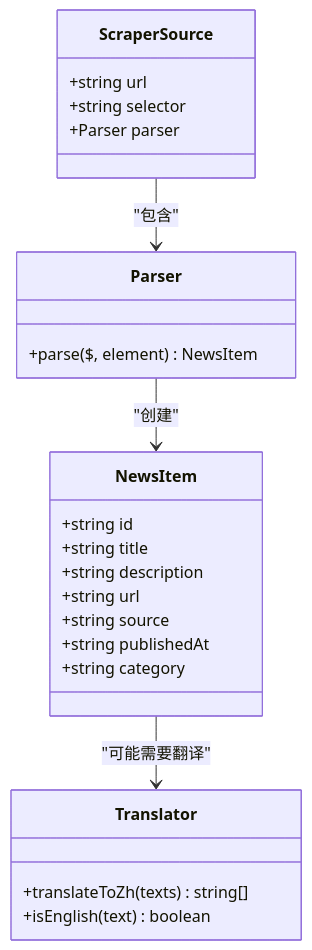
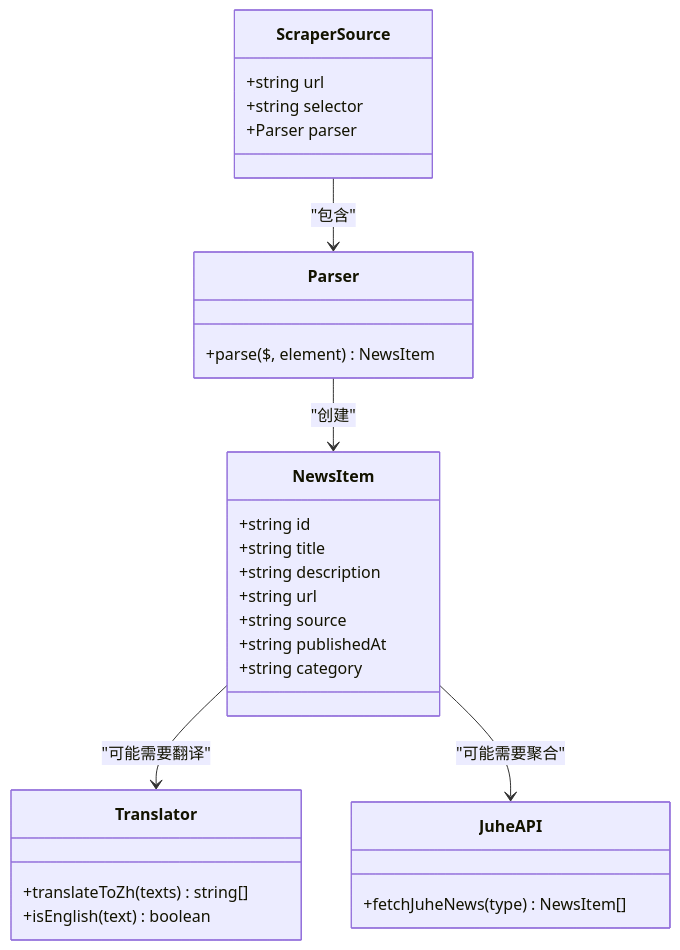
Diagram 12 of 15 in .qoder/repowiki/zh/content/核心功能模块/新闻数据获取系统.md (zuozuoliu740-cmd/xianxiong-news), drawn with Mermaid before and after one commit. The commit also changed other lines of this file and 27 other files, not shown here.

Commit message:
feat: 新增AI实验室模块 - AI爆品替换工作台(视频替换/商品详情生成/图生视频/英文配音)、我的视频管理、首页入口卡片

````diff
--- a/.qoder/repowiki/zh/content/核心功能模块/新闻数据获取系统.md
+++ b/.qoder/repowiki/zh/content/核心功能模块/新闻数据获取系统.md
@@ -556,27 +600,31 @@
 ```mermaid
 classDiagram
 class ScraperSource {
 +string url
 +string selector
 +Parser parser
 }
 class Parser {
 +parse($, element) NewsItem
 }
 class NewsItem {
 +string id
 +string title
 +string description
 +string url
 +string source
 +string publishedAt
 +string category
 }
 class Translator {
 +translateToZh(texts) string[]
 +isEnglish(text) boolean
 }
+class JuheAPI {
++fetchJuheNews(type) NewsItem[]
+}
 ScraperSource --> Parser : "包含"
 Parser --> NewsItem : "创建"
 NewsItem --> Translator : "可能需要翻译"
+NewsItem --> JuheAPI : "可能需要聚合"
 ```
````
